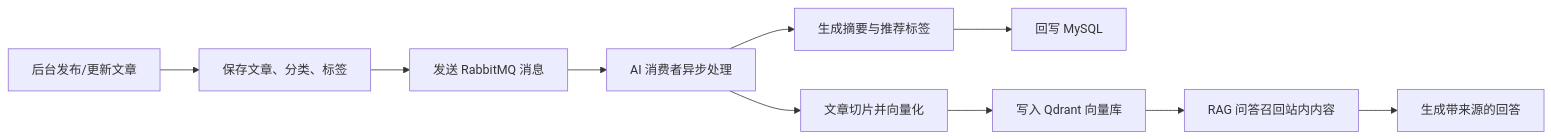
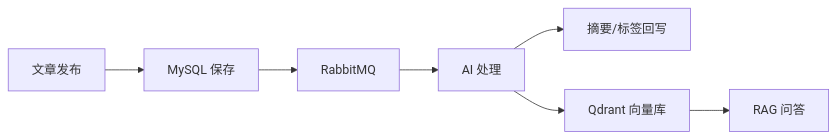
One commit to w-p-lover/w-p_blog changed the first of 2 diagrams in blog-springboot/README.md. Above: the diagram before and after it, drawn with Mermaid. The commit also changed other lines of this file and 1 other file, not shown here.

````diff
--- a/blog-springboot/README.md
+++ b/blog-springboot/README.md
@@ -32,12 +26,9 @@
 ```mermaid
 flowchart LR
-    A["后台发布/更新文章"] --> B["保存文章、分类、标签"]
-    B --> C["发送 RabbitMQ 消息"]
-    C --> D["AI 消费者异步处理"]
-    D --> E["生成摘要与推荐标签"]
-    D --> F["文章切片并向量化"]
-    E --> G["回写 MySQL"]
-    F --> H["写入 Qdrant 向量库"]
-    H --> I["RAG 问答召回站内内容"]
-    I --> J["生成带来源的回答"]
+    A["文章发布"] --> B["MySQL 保存"]
+    B --> C["RabbitMQ"]
+    C --> D["AI 处理"]
+    D --> E["摘要/标签回写"]
+    D --> F["Qdrant 向量库"]
+    F --> G["RAG 问答"]
 ```
````
